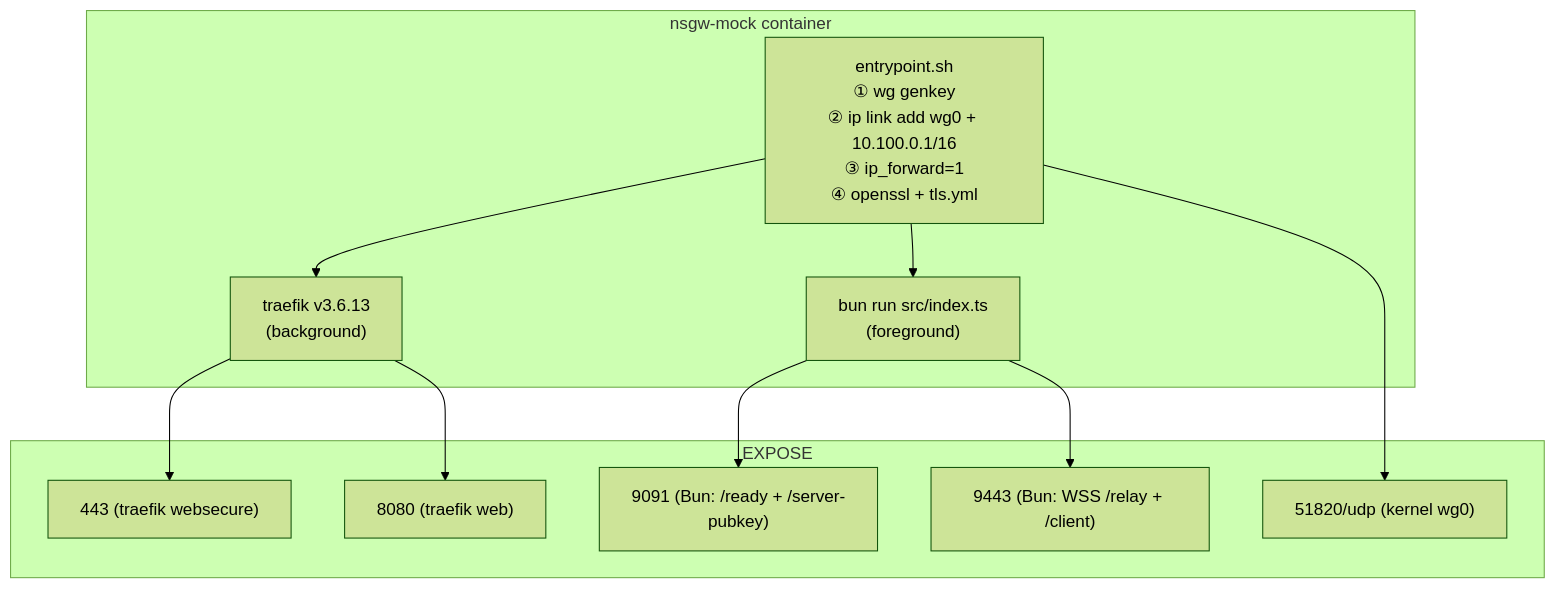
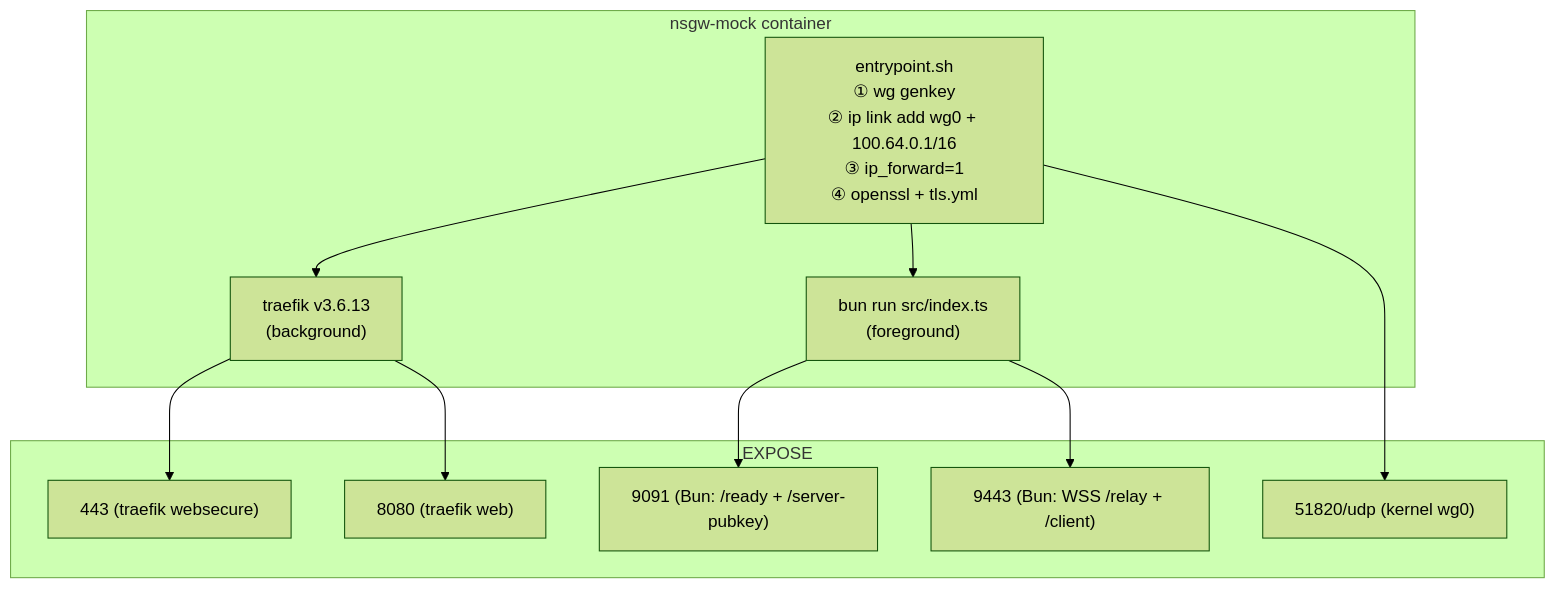
The first of 2 diagrams in docs/09-nsgw-gateway/deployment.md (nsiod/docs), drawn with Mermaid (forest theme) before and after one commit. The commit also changed other lines of this file and 10 other files, not shown here.

````diff
--- a/docs/09-nsgw-gateway/deployment.md
+++ b/docs/09-nsgw-gateway/deployment.md
@@ -18,24 +18,24 @@
 ```mermaid
 graph TB
     subgraph Container["nsgw-mock container"]
-        EP["entrypoint.sh<br/>① wg genkey<br/>② ip link add wg0 + 10.100.0.1/16<br/>③ ip_forward=1<br/>④ openssl + tls.yml"]
+        EP["entrypoint.sh<br/>① wg genkey<br/>② ip link add wg0 + 100.64.0.1/16<br/>③ ip_forward=1<br/>④ openssl + tls.yml"]
         TRA["traefik v3.6.13<br/>(background)"]
         BUN["bun run src/index.ts<br/>(foreground)"]
     end
 
     subgraph Ports["EXPOSE"]
         P443["443 (traefik websecure)"]
         P8080["8080 (traefik web)"]
         P9091["9091 (Bun: /ready + /server-pubkey)"]
         P9443["9443 (Bun: WSS /relay + /client)"]
         P51820["51820/udp (kernel wg0)"]
     end
 
     EP --> TRA
     EP --> BUN
     TRA --> P443
     TRA --> P8080
     BUN --> P9091
     BUN --> P9443
     EP --> P51820
 ```
````
